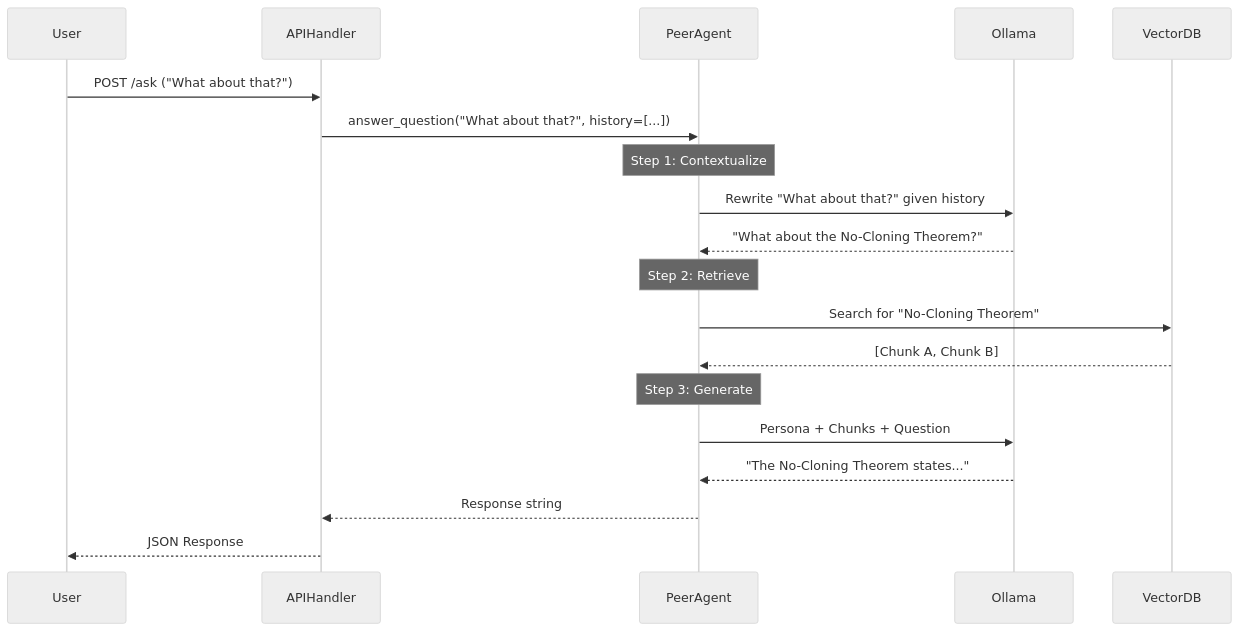
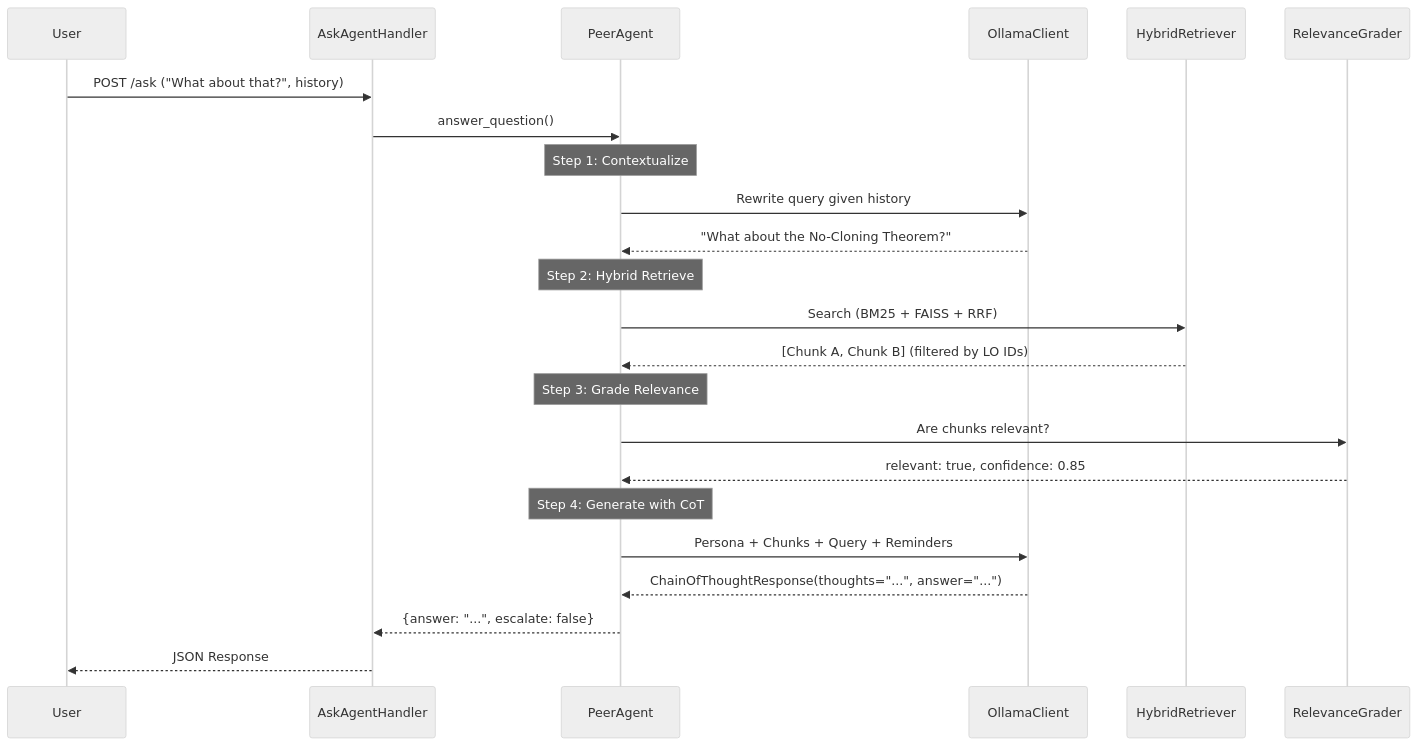
The fifth of 5 diagrams in .plugins/edu_agent_plugin/PLUGIN_ARCHITECTURE.md (Sahil624/qToolkit), drawn with Mermaid (neutral theme) before and after one commit. The commit also changed other lines of this file and 50 other files, not shown here.

````diff
--- a/.plugins/edu_agent_plugin/PLUGIN_ARCHITECTURE.md
+++ b/.plugins/edu_agent_plugin/PLUGIN_ARCHITECTURE.md
@@ -98,26 +282,31 @@
 ```mermaid
 sequenceDiagram
     participant User
-    participant API as APIHandler
+    participant API as AskAgentHandler
     participant Agent as PeerAgent
-    participant LLM as Ollama
-    participant VDB as VectorDB
+    participant LLM as OllamaClient
+    participant VDB as HybridRetriever
+    participant Grader as RelevanceGrader
 
-    User->>API: POST /ask ("What about that?")
-    API->>Agent: answer_question("What about that?", history=[...])
+    User->>API: POST /ask ("What about that?", history)
+    API->>Agent: answer_question()
     
     Note over Agent: Step 1: Contextualize
-    Agent->>LLM: Rewrite "What about that?" given history
+    Agent->>LLM: Rewrite query given history
     LLM-->>Agent: "What about the No-Cloning Theorem?"
     
-    Note over Agent: Step 2: Retrieve
-    Agent->>VDB: Search for "No-Cloning Theorem"
-    VDB-->>Agent: [Chunk A, Chunk B]
+    Note over Agent: Step 2: Hybrid Retrieve
+    Agent->>VDB: Search (BM25 + FAISS + RRF)
+    VDB-->>Agent: [Chunk A, Chunk B] (filtered by LO IDs)
     
-    Note over Agent: Step 3: Generate
-    Agent->>LLM: Persona + Chunks + Question
-    LLM-->>Agent: "The No-Cloning Theorem states..."
+    Note over Agent: Step 3: Grade Relevance
+    Agent->>Grader: Are chunks relevant?
+    Grader-->>Agent: relevant: true, confidence: 0.85
     
-    Agent-->>API: Response string
+    Note over Agent: Step 4: Generate with CoT
+    Agent->>LLM: Persona + Chunks + Query + Reminders
+    LLM-->>Agent: ChainOfThoughtResponse(thoughts="...", answer="...")
+    
+    Agent-->>API: {answer: "...", escalate: false}
     API-->>User: JSON Response
 ```
````
